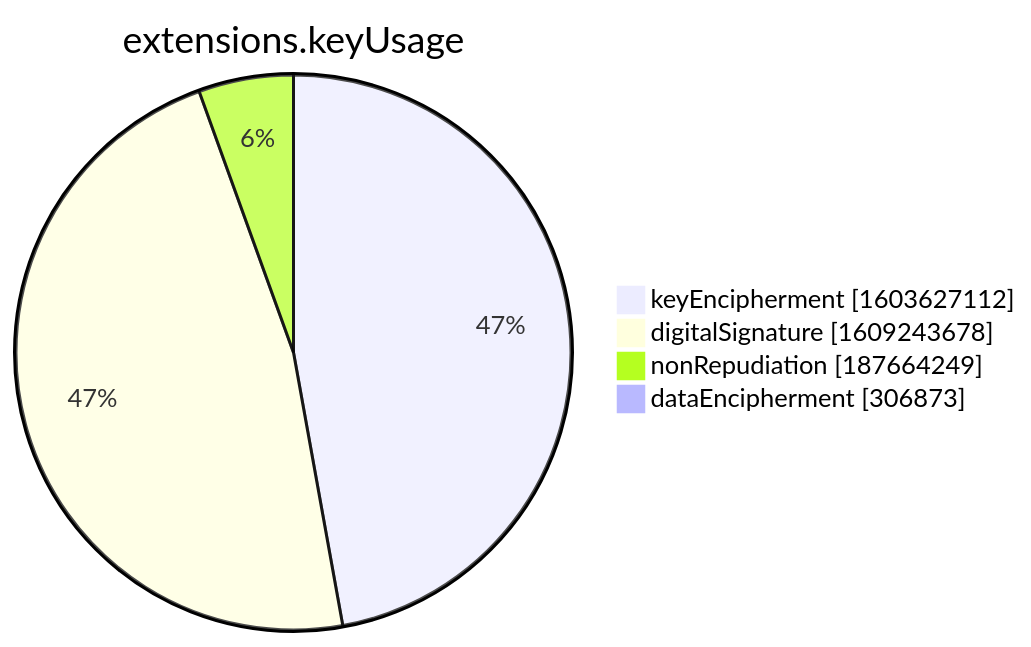
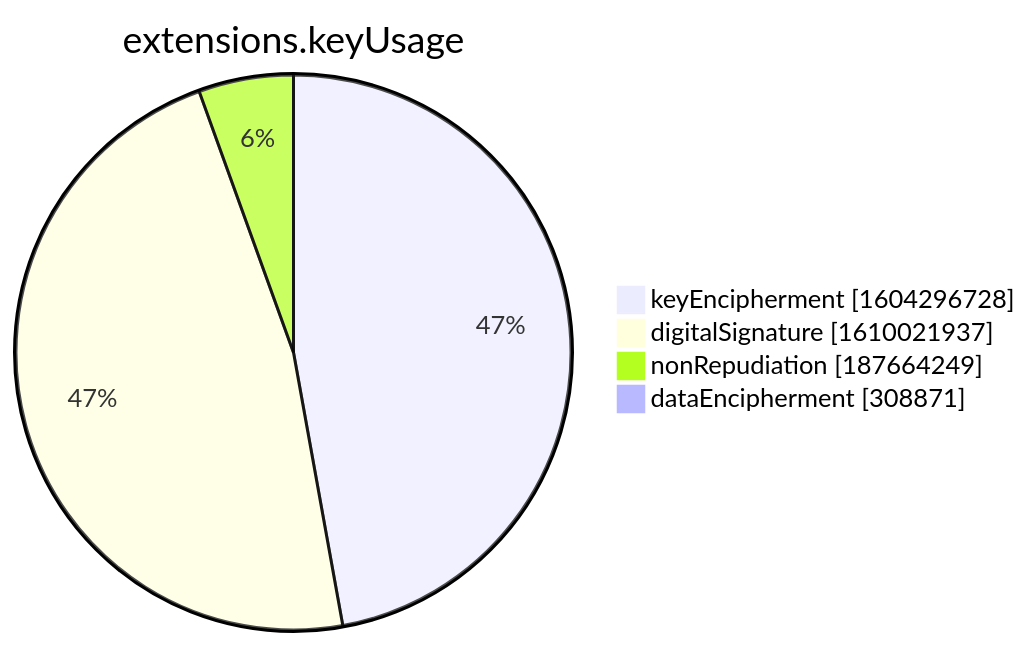
The seventh of 15 diagrams in xenon2022/README.md (christiankrug/ctmonitor_visualization), drawn with Mermaid before and after one commit. The commit also changed other lines of this file, not shown here.

````diff
--- a/xenon2022/README.md
+++ b/xenon2022/README.md
@@ -2855,8 +2855,8 @@
 ```mermaid
 pie showData
 title extensions.keyUsage
-"keyEncipherment" :1603627112
-"digitalSignature" :1609243678
+"keyEncipherment" :1604296728
+"digitalSignature" :1610021937
 "nonRepudiation" :187664249
-"dataEncipherment" :306873
+"dataEncipherment" :308871
 ```
````
